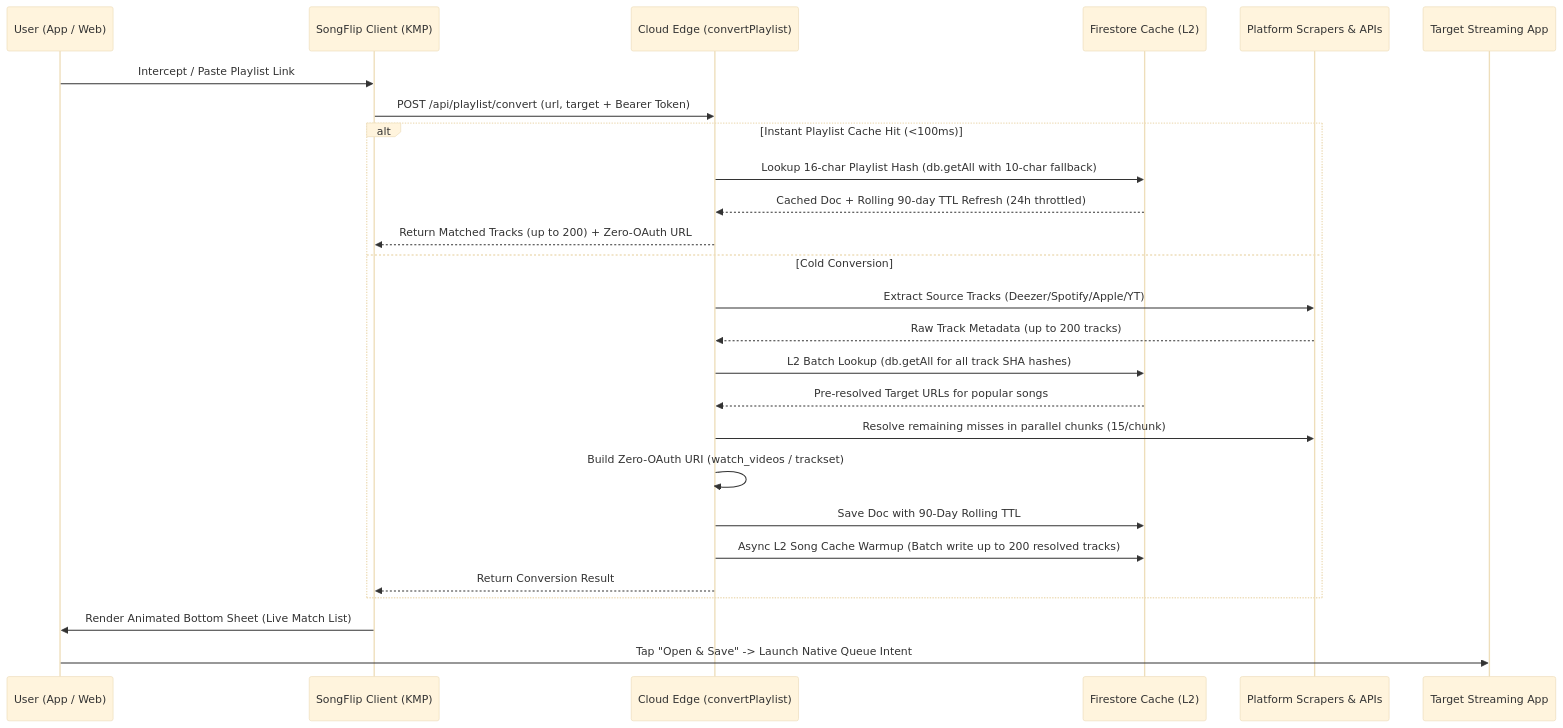
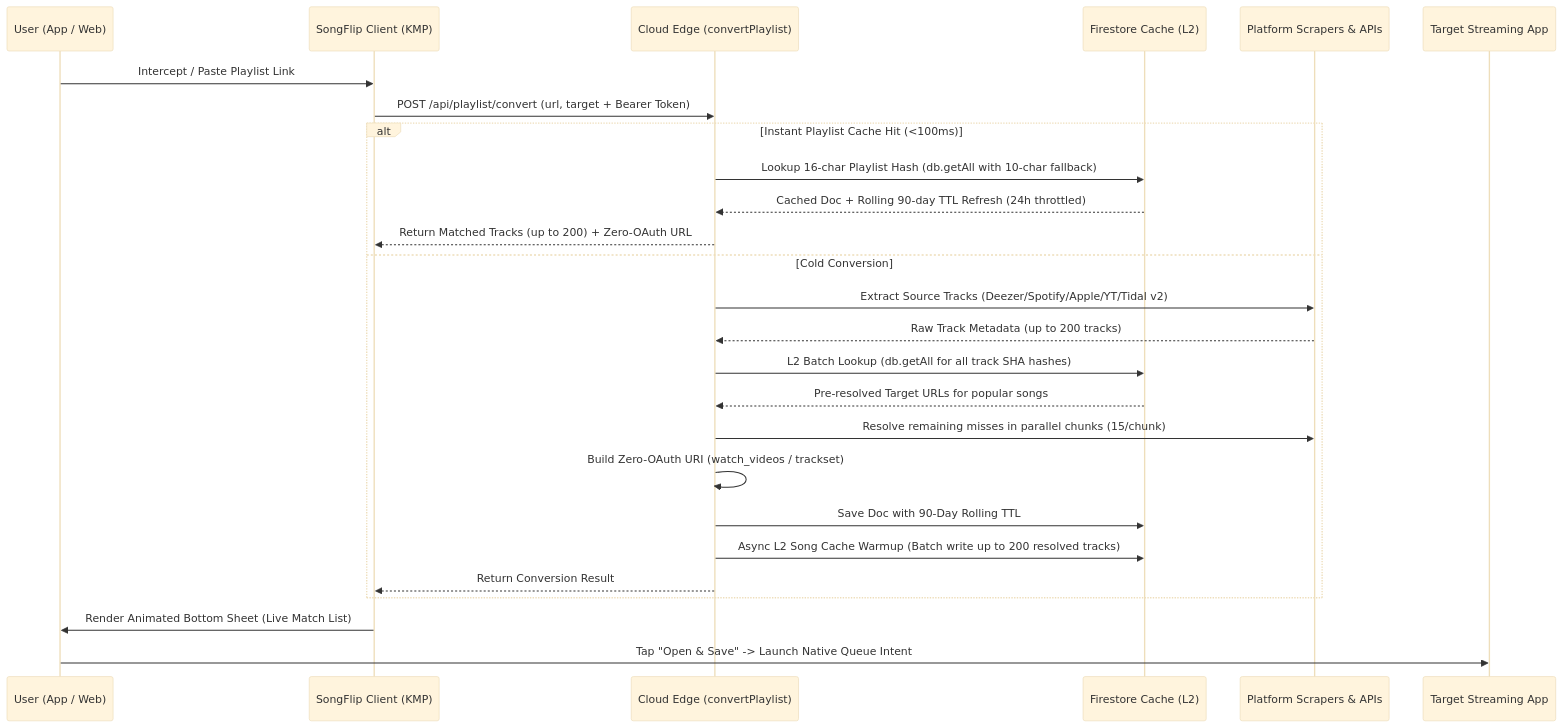
The second of 2 diagrams in ARCHITECTURE.md (thefraggle/songflip), drawn with Mermaid (base theme) before and after one commit. The commit also changed other lines of this file, not shown here.

Commit message:
docs: update ARCHITECTURE.md for full Tidal OpenAPI v2 track, album, and playlist support

````diff
--- a/ARCHITECTURE.md
+++ b/ARCHITECTURE.md
@@ -121,31 +121,31 @@
 ```mermaid
 sequenceDiagram
     participant User as User (App / Web)
     participant Client as SongFlip Client (KMP)
     participant Edge as Cloud Edge (convertPlaylist)
     participant Cache as Firestore Cache (L2)
     participant Scraper as Platform Scrapers & APIs
     participant Target as Target Streaming App
 
     User->>Client: Intercept / Paste Playlist Link
     Client->>Edge: POST /api/playlist/convert (url, target + Bearer Token)
     
     alt Instant Playlist Cache Hit (<100ms)
         Edge->>Cache: Lookup 16-char Playlist Hash (db.getAll with 10-char fallback)
         Cache-->>Edge: Cached Doc + Rolling 90-day TTL Refresh (24h throttled)
         Edge-->>Client: Return Matched Tracks (up to 200) + Zero-OAuth URL
     else Cold Conversion
-        Edge->>Scraper: Extract Source Tracks (Deezer/Spotify/Apple/YT)
+        Edge->>Scraper: Extract Source Tracks (Deezer/Spotify/Apple/YT/Tidal v2)
         Scraper-->>Edge: Raw Track Metadata (up to 200 tracks)
         Edge->>Cache: L2 Batch Lookup (db.getAll for all track SHA hashes)
         Cache-->>Edge: Pre-resolved Target URLs for popular songs
         Edge->>Scraper: Resolve remaining misses in parallel chunks (15/chunk)
         Edge->>Edge: Build Zero-OAuth URI (watch_videos / trackset)
         Edge->>Cache: Save Doc with 90-Day Rolling TTL
         Edge->>Cache: Async L2 Song Cache Warmup (Batch write up to 200 resolved tracks)
         Edge-->>Client: Return Conversion Result
     end
 
     Client->>User: Render Animated Bottom Sheet (Live Match List)
     User->>Target: Tap "Open & Save" -> Launch Native Queue Intent
 ```
````
